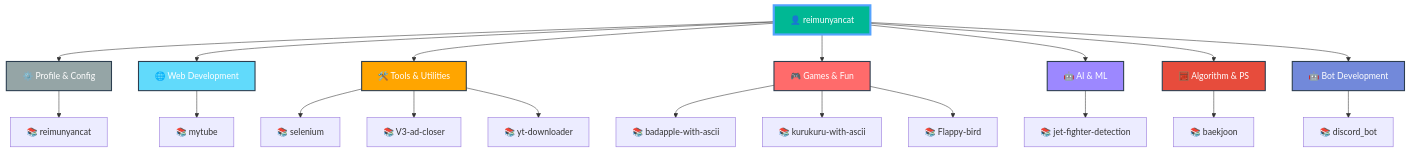
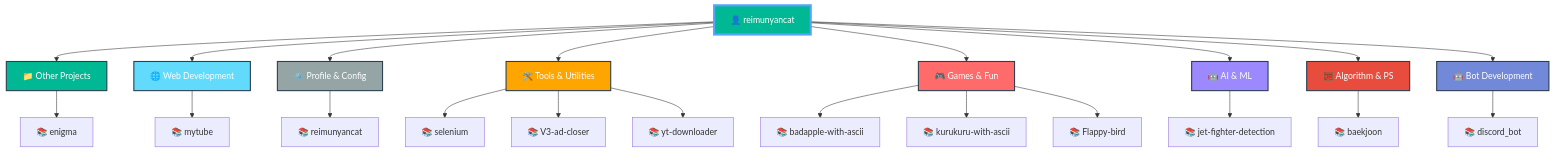
One commit to reimunyancat/reimunyancat changed the diagram in README.md. Above: the diagram before and after it, drawn with Mermaid. The commit also changed other lines of this file, not shown here.

Commit message:
🤖 Auto-update README with latest repositories

````diff
--- a/README.md
+++ b/README.md
@@ -159,38 +159,42 @@
 ```mermaid
 graph TD
   A[👤 reimunyancat]
 
-  A --> CAT0[⚙️ Profile & Config]
-  CAT0 --> CAT0_0[📚 reimunyancat]
+  A --> CAT0[📁 Other Projects]
+  CAT0 --> CAT0_0[📚 enigma]
 
   A --> CAT1[🌐 Web Development]
   CAT1 --> CAT1_0[📚 mytube]
 
-  A --> CAT2[🛠️ Tools & Utilities]
-  CAT2 --> CAT2_0[📚 selenium]
-  CAT2 --> CAT2_1[📚 V3-ad-closer]
-  CAT2 --> CAT2_2[📚 yt-downloader]
+  A --> CAT2[⚙️ Profile & Config]
+  CAT2 --> CAT2_0[📚 reimunyancat]
 
-  A --> CAT3[🎮 Games & Fun]
-  CAT3 --> CAT3_0[📚 badapple-with-ascii]
-  CAT3 --> CAT3_1[📚 kurukuru-with-ascii]
-  CAT3 --> CAT3_2[📚 Flappy-bird]
+  A --> CAT3[🛠️ Tools & Utilities]
+  CAT3 --> CAT3_0[📚 selenium]
+  CAT3 --> CAT3_1[📚 V3-ad-closer]
+  CAT3 --> CAT3_2[📚 yt-downloader]
 
-  A --> CAT4[🤖 AI & ML]
-  CAT4 --> CAT4_0[📚 jet-fighter-detection]
+  A --> CAT4[🎮 Games & Fun]
+  CAT4 --> CAT4_0[📚 badapple-with-ascii]
+  CAT4 --> CAT4_1[📚 kurukuru-with-ascii]
+  CAT4 --> CAT4_2[📚 Flappy-bird]
 
-  A --> CAT5[🧮 Algorithm & PS]
-  CAT5 --> CAT5_0[📚 baekjoon]
+  A --> CAT5[🤖 AI & ML]
+  CAT5 --> CAT5_0[📚 jet-fighter-detection]
 
-  A --> CAT6[🤖 Bot Development]
-  CAT6 --> CAT6_0[📚 discord_bot]
+  A --> CAT6[🧮 Algorithm & PS]
+  CAT6 --> CAT6_0[📚 baekjoon]
+
+  A --> CAT7[🤖 Bot Development]
+  CAT7 --> CAT7_0[📚 discord_bot]
 
   style A fill:#00b894,stroke:#55a3ff,stroke-width:4px,color:#fff
-  style CAT0 fill:#95a5a6,stroke:#2c3e50,stroke-width:2px,color:#fff
+  style CAT0 fill:#00b894,stroke:#2c3e50,stroke-width:2px,color:#fff
   style CAT1 fill:#61dafb,stroke:#2c3e50,stroke-width:2px,color:#fff
-  style CAT2 fill:#ffa500,stroke:#2c3e50,stroke-width:2px,color:#fff
-  style CAT3 fill:#ff6b6b,stroke:#2c3e50,stroke-width:2px,color:#fff
-  style CAT4 fill:#9c88ff,stroke:#2c3e50,stroke-width:2px,color:#fff
-  style CAT5 fill:#e74c3c,stroke:#2c3e50,stroke-width:2px,color:#fff
-  style CAT6 fill:#7289da,stroke:#2c3e50,stroke-width:2px,color:#fff
+  style CAT2 fill:#95a5a6,stroke:#2c3e50,stroke-width:2px,color:#fff
+  style CAT3 fill:#ffa500,stroke:#2c3e50,stroke-width:2px,color:#fff
+  style CAT4 fill:#ff6b6b,stroke:#2c3e50,stroke-width:2px,color:#fff
+  style CAT5 fill:#9c88ff,stroke:#2c3e50,stroke-width:2px,color:#fff
+  style CAT6 fill:#e74c3c,stroke:#2c3e50,stroke-width:2px,color:#fff
+  style CAT7 fill:#7289da,stroke:#2c3e50,stroke-width:2px,color:#fff
 ```
````
